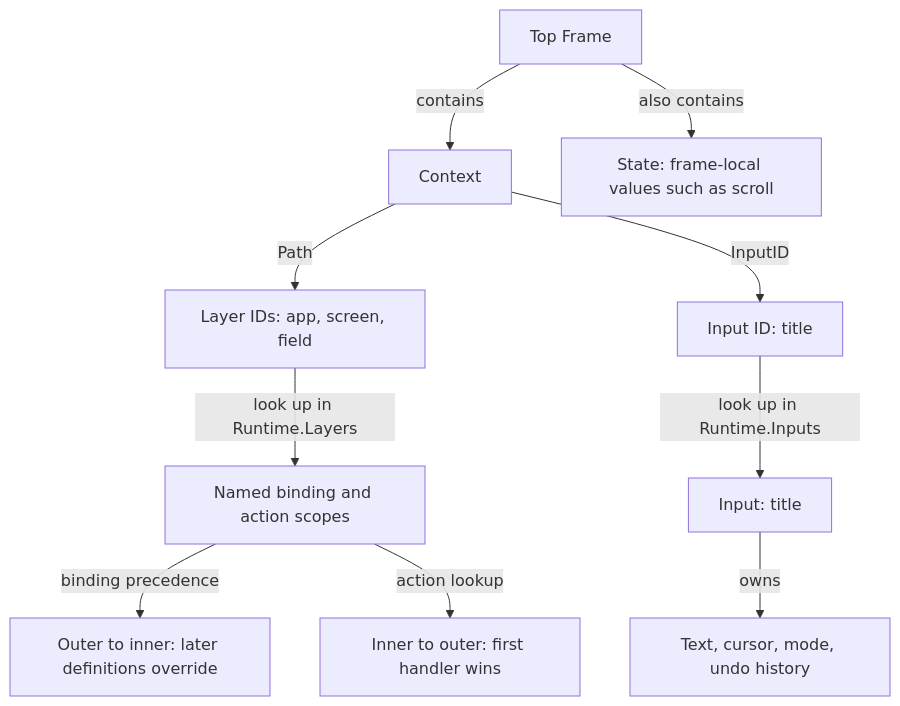
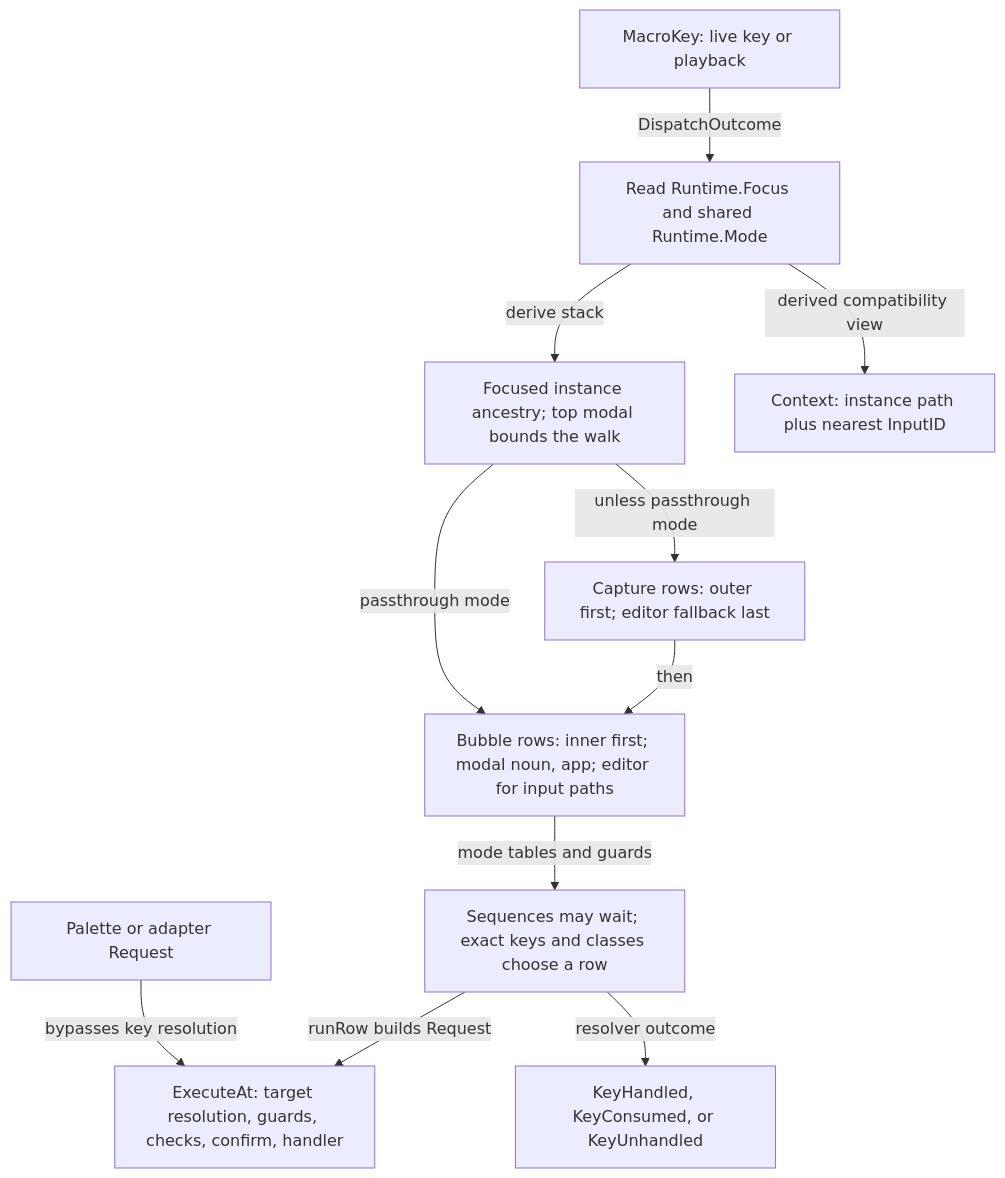
Before and after one commit to ofamtools/ochazuke: the diagram in docs/relationships/context.mmd, drawn with Mermaid. The commit also changed 19 other files, not shown here.

First line of the commit message:
docs: refresh architecture maps and relationship exports

```diff
--- a/docs/relationships/context.mmd
+++ b/docs/relationships/context.mmd
@@ -1,10 +1,11 @@
 flowchart TD
-    F["Top Frame"] -->|contains| C["Context"]
-    F -->|also contains| S["State: frame-local values such as scroll"]
-    C -->|Path| P["Layer IDs: app, screen, field"]
-    C -->|InputID| ID["Input ID: title"]
-    P -->|look up in Runtime.Layers| L["Named binding and action scopes"]
-    L -->|binding precedence| B["Outer to inner: later definitions override"]
-    L -->|action lookup| A["Inner to outer: first handler wins"]
-    ID -->|look up in Runtime.Inputs| I["Input: title"]
-    I -->|owns| E["Text, cursor, mode, undo history"]
+    K["MacroKey: live key or playback"] -->|DispatchOutcome| D["Read Runtime.Focus and shared Runtime.Mode"]
+    D -->|derive stack| A["Focused instance ancestry; top modal bounds the walk"]
+    A -->|unless passthrough mode| C["Capture rows: outer first; editor fallback last"]
+    C -->|then| B["Bubble rows: inner first; modal noun, app; editor for input paths"]
+    A -->|passthrough mode| B
+    B -->|mode tables and guards| Q["Sequences may wait; exact keys and classes choose a row"]
+    Q -->|runRow builds Request| E["ExecuteAt: target resolution, guards, checks, confirm, handler"]
+    X["Palette or adapter Request"] -->|bypasses key resolution| E
+    D -->|derived compatibility view| P["Context: instance path plus nearest InputID"]
+    Q -->|resolver outcome| O["KeyHandled, KeyConsumed, or KeyUnhandled"]
```
